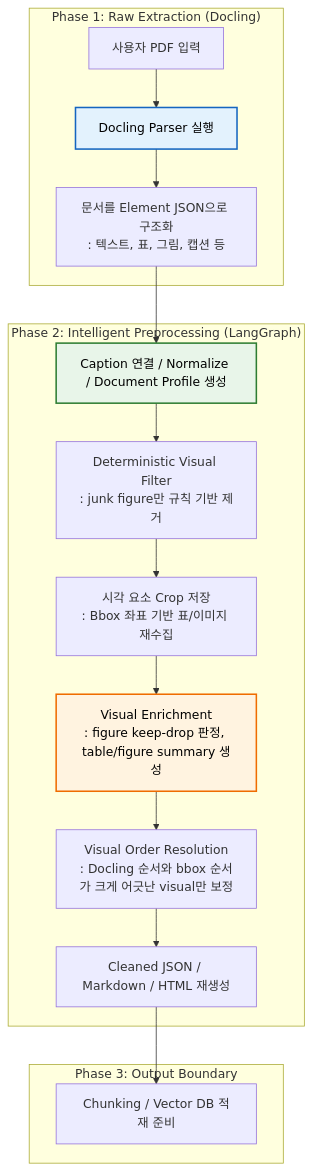
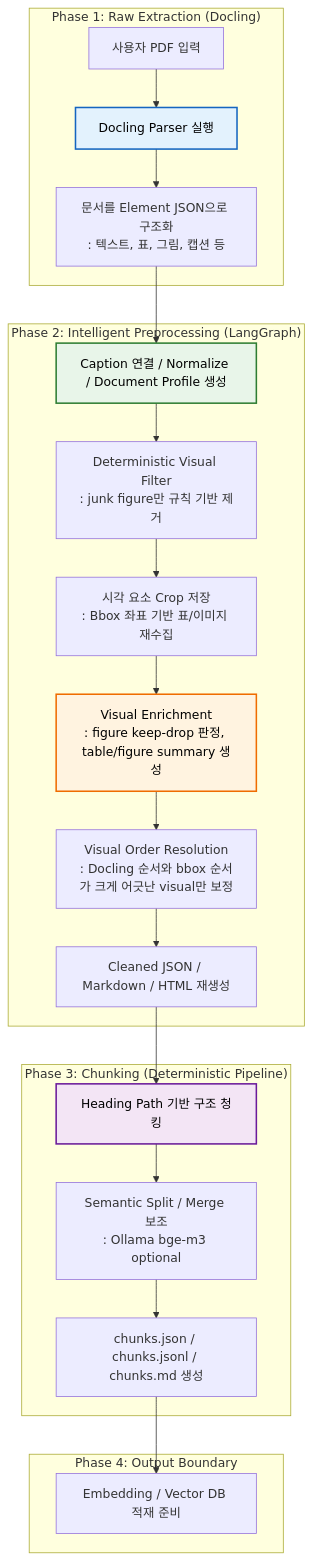
Before and after one commit to sonsukwoo/doc-chat-rag: the diagram in README.md, drawn with Mermaid. The commit also changed other lines of this file and 12 other files, not shown here.

Commit message:
구현(stage3): cleaned.json 기반 청킹 파이프라인과 chunks.md 검수 출력 추가

````diff
--- a/README.md
+++ b/README.md
@@ -54,24 +54,31 @@
 ```mermaid
 flowchart TD
     subgraph "Phase 1: Raw Extraction (Docling)"
         A[사용자 PDF 입력] --> B[Docling Parser 실행]
         B --> C[문서를 Element JSON으로 구조화\n: 텍스트, 표, 그림, 캡션 등]
     end
 
     subgraph "Phase 2: Intelligent Preprocessing (LangGraph)"
         C --> D[Caption 연결 / Normalize / Document Profile 생성]
         D --> E[Deterministic Visual Filter\n: junk figure만 규칙 기반 제거]
         E --> F[시각 요소 Crop 저장\n: Bbox 좌표 기반 표/이미지 재수집]
         F --> G[Visual Enrichment\n: figure keep-drop 판정, table/figure summary 생성]
         G --> H[Visual Order Resolution\n: Docling 순서와 bbox 순서가 크게 어긋난 visual만 보정]
         H --> I[Cleaned JSON / Markdown / HTML 재생성]
     end
 
-    subgraph "Phase 3: Output Boundary"
-        I --> J[Chunking / Vector DB 적재 준비]
+    subgraph "Phase 3: Chunking (Deterministic Pipeline)"
+        I --> J[Heading Path 기반 구조 청킹]
+        J --> K[Semantic Split / Merge 보조\n: Ollama bge-m3 optional]
+        K --> L[chunks.json / chunks.jsonl / chunks.md 생성]
+    end
+
+    subgraph "Phase 4: Output Boundary"
+        L --> M[Embedding / Vector DB 적재 준비]
     end
 
     style B fill:#e3f2fd,stroke:#1565c0,stroke-width:2px,color:#000
     style D fill:#e8f5e9,stroke:#2e7d32,stroke-width:2px,color:#000
     style G fill:#fff3e0,stroke:#ef6c00,stroke-width:2px,color:#000
+    style J fill:#f3e5f5,stroke:#6a1b9a,stroke-width:2px,color:#000
 ```
````
